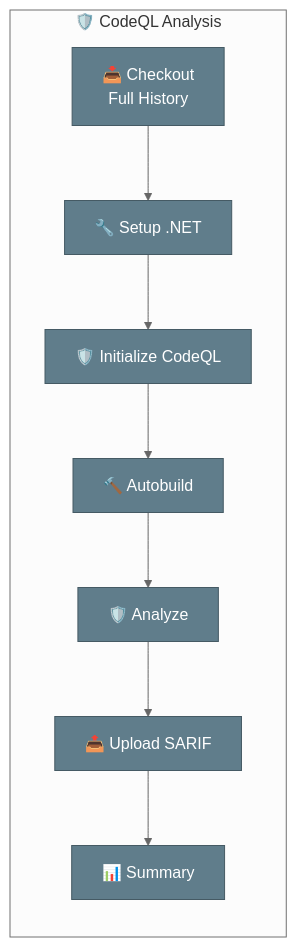
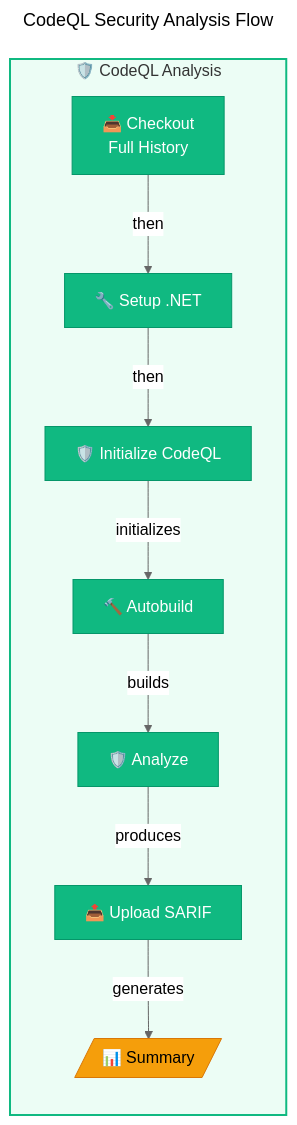
Before and after one commit to Evilazaro/Azure-LogicApps-Monitoring: the third of 3 diagrams in docs/devops/ci-dotnet-reusable.md, drawn with Mermaid (neutral theme). The commit also changed 1 other file, not shown here.

Commit message:
refactor: Enhance CodeQL and Dependabot diagrams with improved clarity, structure, and styling

````diff
--- a/docs/devops/ci-dotnet-reusable.md
+++ b/docs/devops/ci-dotnet-reusable.md
@@ -373,18 +373,35 @@
 ```mermaid
+---
+title: CodeQL Security Analysis Flow
+---
 flowchart LR
+    %% ===== CODEQL ANALYSIS STEPS =====
     subgraph CodeQL["🛡️ CodeQL Analysis"]
-        C1[📥 Checkout<br/>Full History]
-        C2[🔧 Setup .NET]
-        C3[🛡️ Initialize CodeQL]
-        C4[🔨 Autobuild]
-        C5[🛡️ Analyze]
-        C6[📤 Upload SARIF]
-        C7[📊 Summary]
+        C1["📥 Checkout<br/>Full History"]
+        C2["🔧 Setup .NET"]
+        C3["🛡️ Initialize CodeQL"]
+        C4["🔨 Autobuild"]
+        C5["🛡️ Analyze"]
+        C6["📤 Upload SARIF"]
+        C7[/"📊 Summary"/]
     end
 
-    C1 --> C2 --> C3 --> C4 --> C5 --> C6 --> C7
+    %% ===== ANALYSIS FLOW =====
+    C1 -->|then| C2
+    C2 -->|then| C3
+    C3 -->|initializes| C4
+    C4 -->|builds| C5
+    C5 -->|produces| C6
+    C6 -->|generates| C7
 
-    classDef codeql fill:#607D8B,stroke:#455A64,color:#fff
+    %% ===== NODE STYLING =====
+    classDef secondary fill:#10B981,stroke:#059669,color:#FFFFFF
+    classDef datastore fill:#F59E0B,stroke:#D97706,color:#000000
 
-    class C1,C2,C3,C4,C5,C6,C7 codeql
+    %% ===== APPLY NODE CLASSES =====
+    class C1,C2,C3,C4,C5,C6 secondary
+    class C7 datastore
+
+    %% ===== SUBGRAPH STYLING =====
+    style CodeQL fill:#ECFDF5,stroke:#10B981,stroke-width:2px
 ```
````
